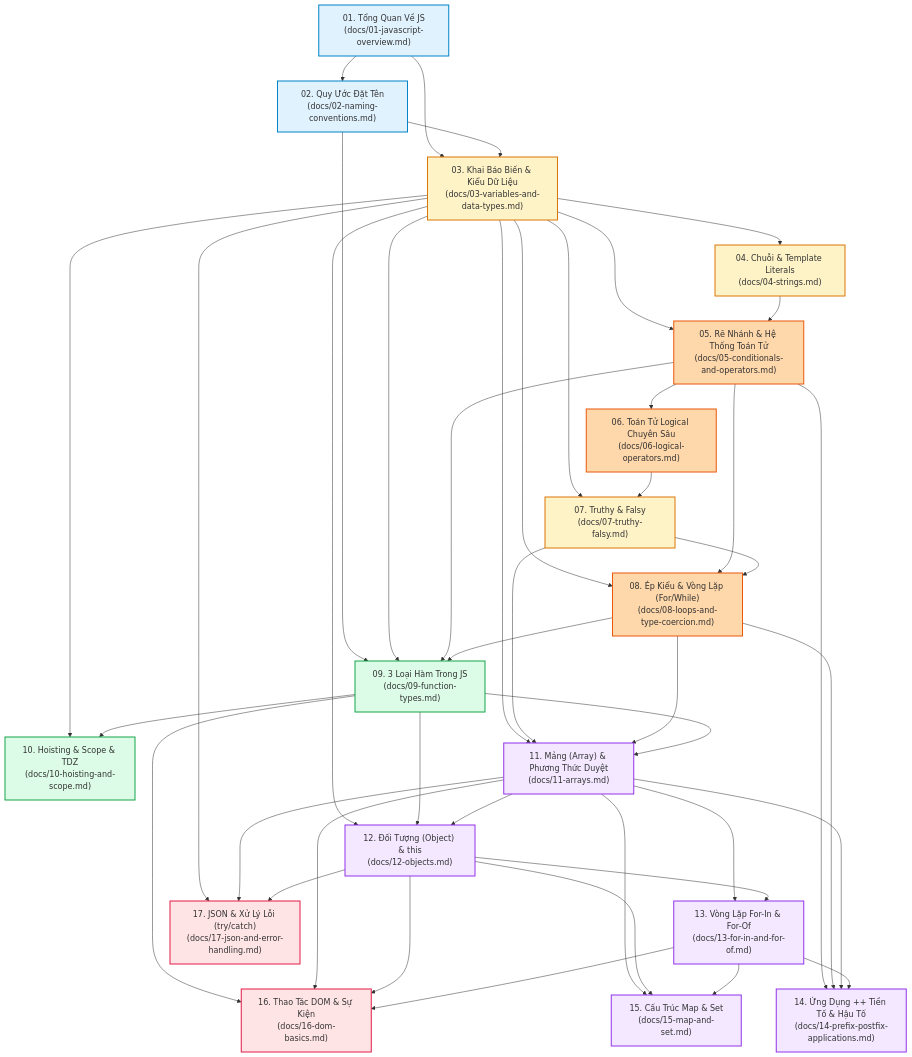
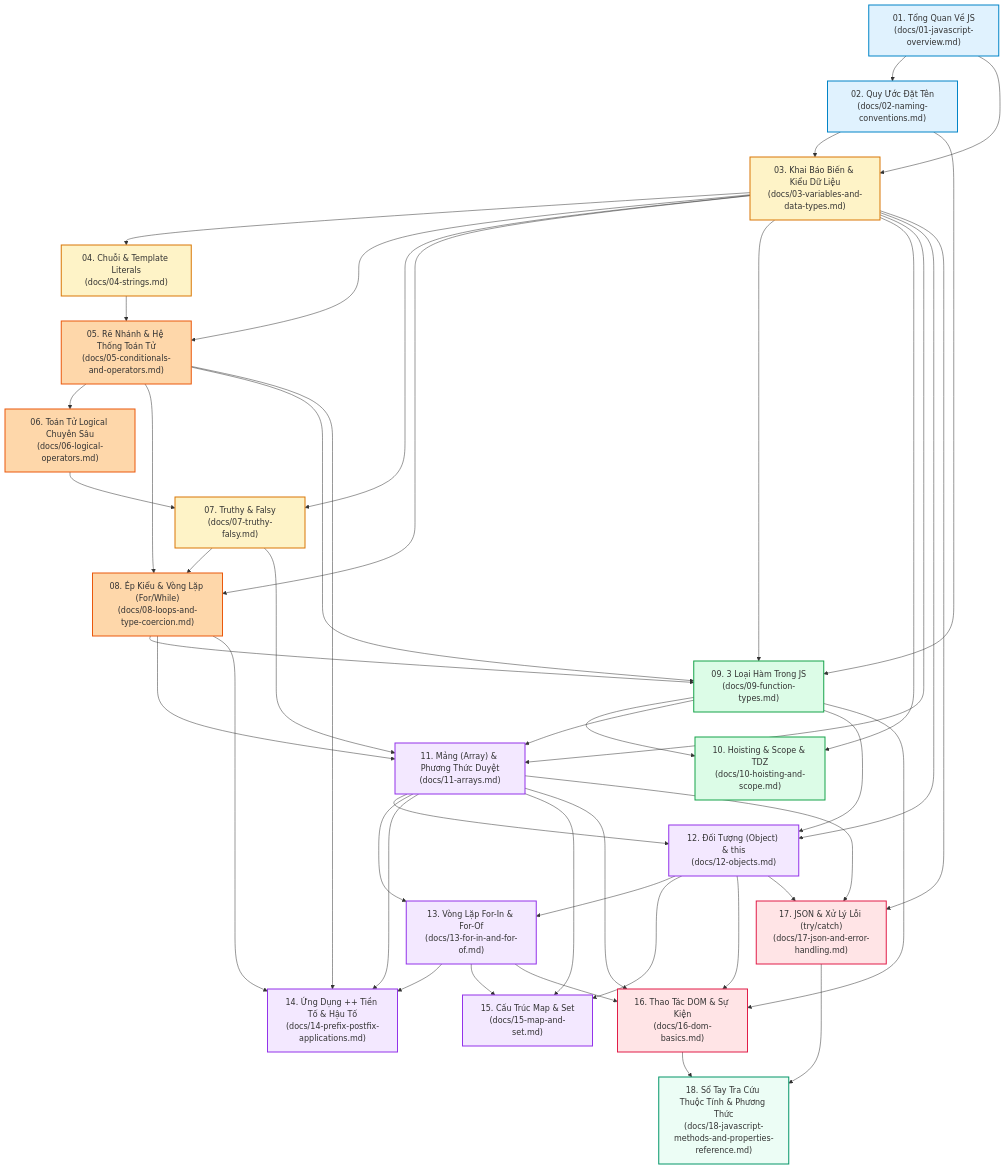
Before and after one commit to htccnam/javascript: the diagram in agent.md, drawn with Mermaid. The commit also changed other lines of this file and 61 other files, not shown here.

````diff
--- a/agent.md
+++ b/agent.md
@@ -31,70 +34,76 @@
 ```mermaid
 flowchart TD
     %% Tầng 1: Khởi động & Môi trường
     L01["01. Tổng Quan Về JS<br>(docs/01-javascript-overview.md)"] --> L02["02. Quy Ước Đặt Tên<br>(docs/02-naming-conventions.md)"]
     L01 --> L03["03. Khai Báo Biến & Kiểu Dữ Liệu<br>(docs/03-variables-and-data-types.md)"]
     L02 --> L03
 
     %% Tầng 2: Hệ thống dữ liệu & Cấu trúc điều khiển căn bản
     L03 --> L04["04. Chuỗi & Template Literals<br>(docs/04-strings.md)"]
     L03 --> L05["05. Rẽ Nhánh & Hệ Thống Toán Tử<br>(docs/05-conditionals-and-operators.md)"]
     L04 --> L05
     L05 --> L06["06. Toán Tử Logical Chuyên Sâu<br>(docs/06-logical-operators.md)"]
     L03 --> L07["07. Truthy & Falsy<br>(docs/07-truthy-falsy.md)"]
     L06 --> L07
 
     %% Tầng 3: Cấu trúc lặp & Ép kiểu sâu
     L03 --> L08["08. Ép Kiểu & Vòng Lặp (For/While)<br>(docs/08-loops-and-type-coercion.md)"]
     L05 --> L08
     L07 --> L08
 
     %% Tầng 4: Hàm & Động cơ thực thi
     L02 --> L09["09. 3 Loại Hàm Trong JS<br>(docs/09-function-types.md)"]
     L03 --> L09
     L05 --> L09
     L08 --> L09
     L03 --> L10["10. Hoisting & Scope & TDZ<br>(docs/10-hoisting-and-scope.md)"]
     L09 --> L10
 
     %% Tầng 5: Cấu trúc dữ liệu & Vòng lặp chuyên sâu
     L03 --> L11["11. Mảng (Array) & Phương Thức Duyệt<br>(docs/11-arrays.md)"]
     L07 --> L11
     L08 --> L11
     L09 --> L11
     L03 --> L12["12. Đối Tượng (Object) & this<br>(docs/12-objects.md)"]
     L09 --> L12
     L11 --> L12
     L11 --> L13["13. Vòng Lặp For-In & For-Of<br>(docs/13-for-in-and-for-of.md)"]
     L12 --> L13
     L05 --> L14["14. Ứng Dụng ++ Tiền Tố & Hậu Tố<br>(docs/14-prefix-postfix-applications.md)"]
     L08 --> L14
     L11 --> L14
     L13 --> L14
     L11 --> L15["15. Cấu Trúc Map & Set<br>(docs/15-map-and-set.md)"]
     L12 --> L15
     L13 --> L15
 
     %% Tầng 6: Ứng dụng tương tác & Xử lý ngoại lệ
     L09 --> L16["16. Thao Tác DOM & Sự Kiện<br>(docs/16-dom-basics.md)"]
     L11 --> L16
     L12 --> L16
     L13 --> L16
     L03 --> L17["17. JSON & Xử Lý Lỗi (try/catch)<br>(docs/17-json-and-error-handling.md)"]
     L11 --> L17
     L12 --> L17
 
+    %% Tầng 7: Sổ tay tra cứu tổng hợp toàn diện
+    L16 --> L18["18. Sổ Tay Tra Cứu Thuộc Tính & Phương Thức<br>(docs/18-javascript-methods-and-properties-reference.md)"]
+    L17 --> L18
+
     %% Styling
     classDef foundation fill:#e0f2fe,stroke:#0284c7,stroke-width:2px;
     classDef data fill:#fef3c7,stroke:#d97706,stroke-width:2px;
     classDef control fill:#fed7aa,stroke:#ea580c,stroke-width:2px;
     classDef logic fill:#dcfce7,stroke:#16a34a,stroke-width:2px;
     classDef datastruct fill:#f3e8ff,stroke:#9333ea,stroke-width:2px;
     classDef advanced fill:#ffe4e6,stroke:#e11d48,stroke-width:2px;
+    classDef reference fill:#ecfdf5,stroke:#059669,stroke-width:2px;
 
     class L01,L02 foundation;
     class L03,L04,L07 data;
     class L05,L06,L08 control;
     class L09,L10 logic;
     class L11,L12,L13,L14,L15 datastruct;
     class L16,L17 advanced;
+    class L18 reference;
 ```
````
